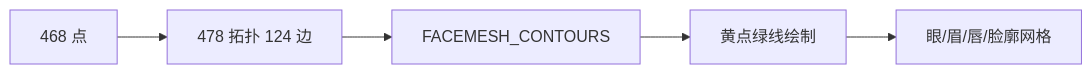
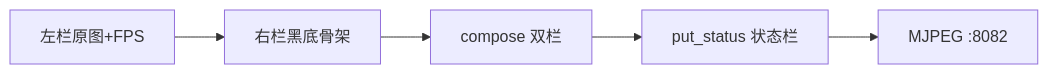
The sixth of 8 diagrams in courses/sheet1/robot_vision/_parts/experiment-9.md (aibittek/course_generate_agent), drawn with Mermaid before and after one commit. The commit also changed other lines of this file and 98 other files, not shown here.

````diff
--- a/courses/sheet1/robot_vision/_parts/experiment-9.md
+++ b/courses/sheet1/robot_vision/_parts/experiment-9.md
@@ -370,7 +370,7 @@
 ```mermaid
 graph LR
-    A[468 点] --> B["478 拓扑 124 边"]
-    B --> C[FACEMESH_CONTOURS]
-    C --> D[黄点绿线绘制]
-    D --> E[眼/眉/唇/脸廓网格]
+    A[左栏原图+FPS] --> B[右栏黑底骨架]
+    B --> C[compose 双栏]
+    C --> D[put_status 状态栏]
+    D --> E[MJPEG :8082]
 ```
````
